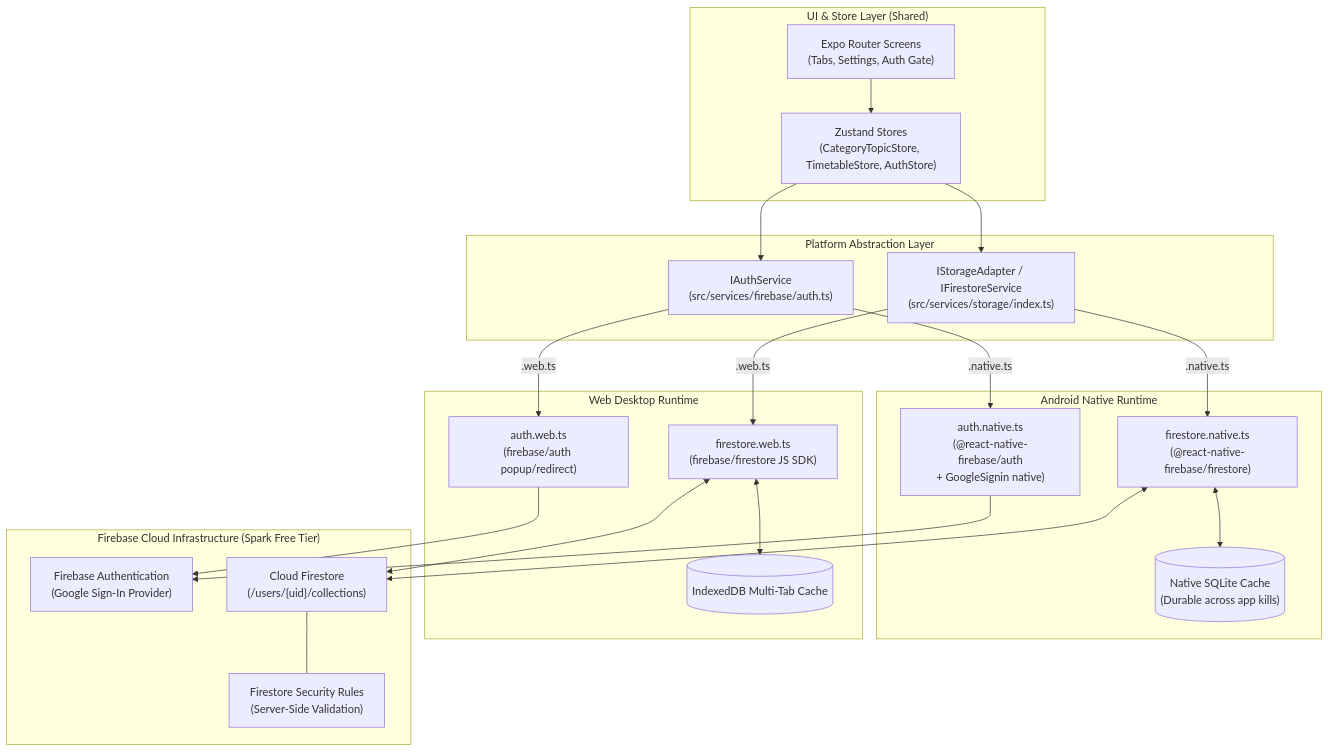
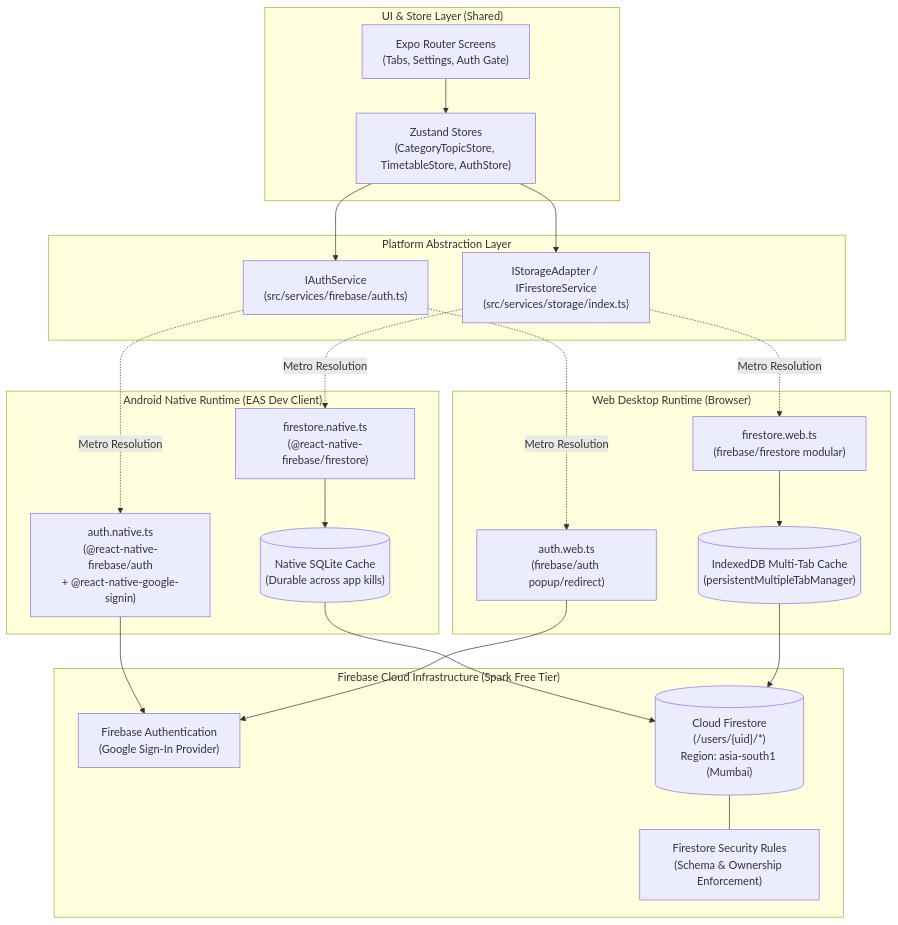
Before and after one commit to MelvinEmmanuelTheodore/Task-managment-app-or-website: the first of 3 diagrams in MILESTONE_B_PLAN.md, drawn with Mermaid. The commit also changed other lines of this file, not shown here.

````diff
--- a/MILESTONE_B_PLAN.md
+++ b/MILESTONE_B_PLAN.md
@@ -31,51 +32,43 @@
 ```mermaid
 flowchart TD
     subgraph UI["UI & Store Layer (Shared)"]
         SCREENS["Expo Router Screens\n(Tabs, Settings, Auth Gate)"]
         STORES["Zustand Stores\n(CategoryTopicStore, TimetableStore, AuthStore)"]
     end
 
     subgraph Abstraction["Platform Abstraction Layer"]
         AUTH_IFACE["IAuthService\n(src/services/firebase/auth.ts)"]
         STORE_IFACE["IStorageAdapter / IFirestoreService\n(src/services/storage/index.ts)"]
     end
 
-    subgraph NativePlatform["Android Native Runtime"]
-        AUTH_NATIVE["auth.native.ts\n(@react-native-firebase/auth\n+ GoogleSignin native)"]
+    subgraph NativePlatform["Android Native Runtime (EAS Dev Client)"]
+        AUTH_NATIVE["auth.native.ts\n(@react-native-firebase/auth\n+ @react-native-google-signin)"]
         FS_NATIVE["firestore.native.ts\n(@react-native-firebase/firestore)"]
         SQLITE_CACHE[("Native SQLite Cache\n(Durable across app kills)")]
     end
 
-    subgraph WebPlatform["Web Desktop Runtime"]
+    subgraph WebPlatform["Web Desktop Runtime (Browser)"]
         AUTH_WEB["auth.web.ts\n(firebase/auth popup/redirect)"]
-        FS_WEB["firestore.web.ts\n(firebase/firestore JS SDK)"]
-        IDB_CACHE[("IndexedDB Multi-Tab Cache")]
+        FS_WEB["firestore.web.ts\n(firebase/firestore modular)"]
+        INDEXEDDB_CACHE[("IndexedDB Multi-Tab Cache\n(persistentMultipleTabManager)")]
     end
 
-    subgraph FirebaseCloud["Firebase Cloud Infrastructure (Spark Free Tier)"]
-        CLOUD_AUTH["Firebase Authentication\n(Google Sign-In Provider)"]
-        CLOUD_FIRESTORE["Cloud Firestore\n(/users/{uid}/collections)"]
-        SEC_RULES["Firestore Security Rules\n(Server-Side Validation)"]
+    subgraph Cloud["Firebase Cloud Infrastructure (Spark Free Tier)"]
+        FIREBASE_AUTH["Firebase Authentication\n(Google Sign-In Provider)"]
+        FIRESTORE_CLOUD[("Cloud Firestore\n(/users/{uid}/*)\nRegion: asia-south1 (Mumbai)")]
+        SECURITY_RULES["Firestore Security Rules\n(Schema & Ownership Enforcement)"]
     end
 
     SCREENS --> STORES
     STORES --> AUTH_IFACE
     STORES --> STORE_IFACE
-
-    AUTH_IFACE -->|.native.ts| AUTH_NATIVE
-    AUTH_IFACE -->|.web.ts| AUTH_WEB
-
-    STORE_IFACE -->|.native.ts| FS_NATIVE
-    STORE_IFACE -->|.web.ts| FS_WEB
-
-    AUTH_NATIVE --> CLOUD_AUTH
-    AUTH_WEB --> CLOUD_AUTH
-
-    FS_NATIVE <--> SQLITE_CACHE
-    FS_NATIVE <--> CLOUD_FIRESTORE
-
-    FS_WEB <--> IDB_CACHE
-    FS_WEB <--> CLOUD_FIRESTORE
-
-    CLOUD_FIRESTORE --- SEC_RULES
+    AUTH_IFACE -. Metro Resolution .-> AUTH_NATIVE
+    AUTH_IFACE -. Metro Resolution .-> AUTH_WEB
+    STORE_IFACE -. Metro Resolution .-> FS_NATIVE
+    STORE_IFACE -. Metro Resolution .-> FS_WEB
+    AUTH_NATIVE --> FIREBASE_AUTH
+    AUTH_WEB --> FIREBASE_AUTH
+    FS_NATIVE --> SQLITE_CACHE --> FIRESTORE_CLOUD
+    FS_WEB --> INDEXEDDB_CACHE --> FIRESTORE_CLOUD
+    FIRESTORE_CLOUD --- SECURITY_RULES
 ```
````
